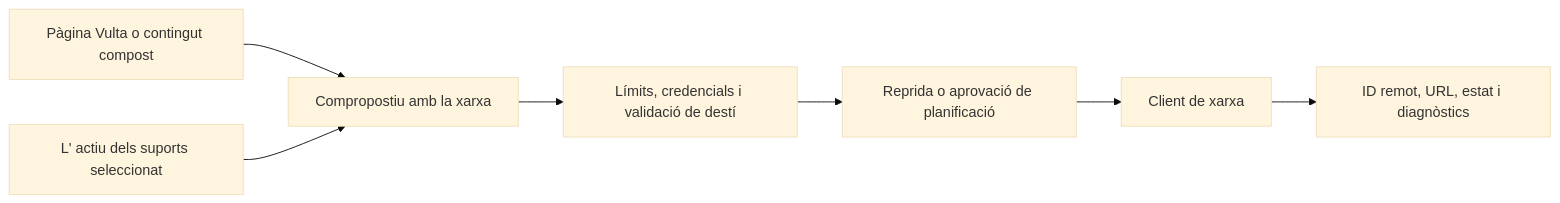
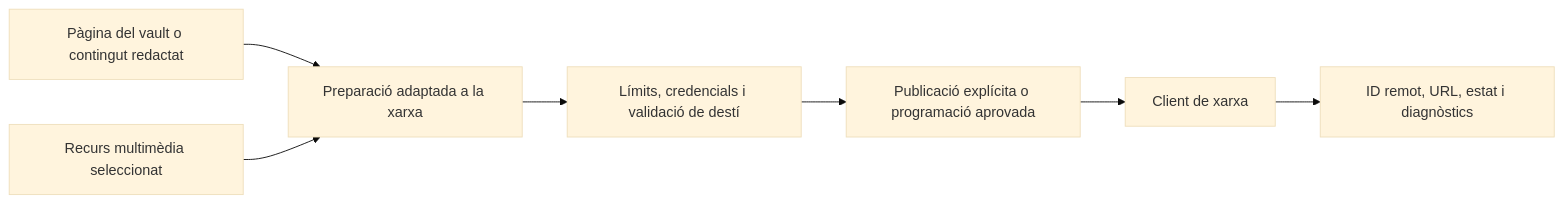
Before and after one commit to ismigar/Gnosi: the diagram in docs/engineering-ca/domains/social-publishing.md, drawn with Mermaid (base theme). The commit also changed other lines of this file and 96 other files, not shown here.

````diff
--- a/docs/engineering-ca/domains/social-publishing.md
+++ b/docs/engineering-ca/domains/social-publishing.md
@@ -43,9 +71,9 @@
 ```mermaid
 flowchart LR
-    Source["Pàgina Vulta o contingut compost"] --> Prepare["Compropostiu amb la xarxa"]
-    Media["L' actiu dels suports seleccionat"] --> Prepare
+    Source["Pàgina del vault o contingut redactat"] --> Prepare["Preparació adaptada a la xarxa"]
+    Media["Recurs multimèdia seleccionat"] --> Prepare
     Prepare --> Validate["Límits, credencials i validació de destí"]
-    Validate --> Confirm["Reprida o aprovació de planificació"]
+    Validate --> Confirm["Publicació explícita o programació aprovada"]
     Confirm --> Adapter["Client de xarxa"]
     Adapter --> Result["ID remot, URL, estat i diagnòstics"]
 ```
````
